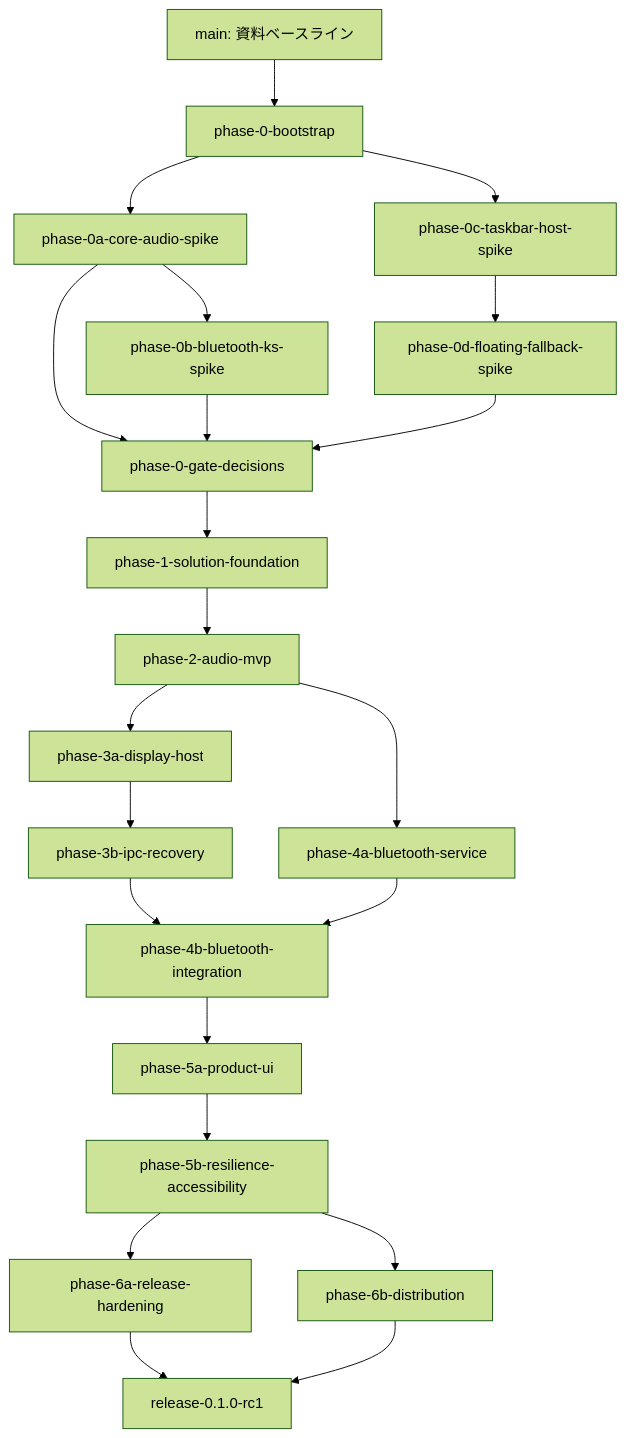
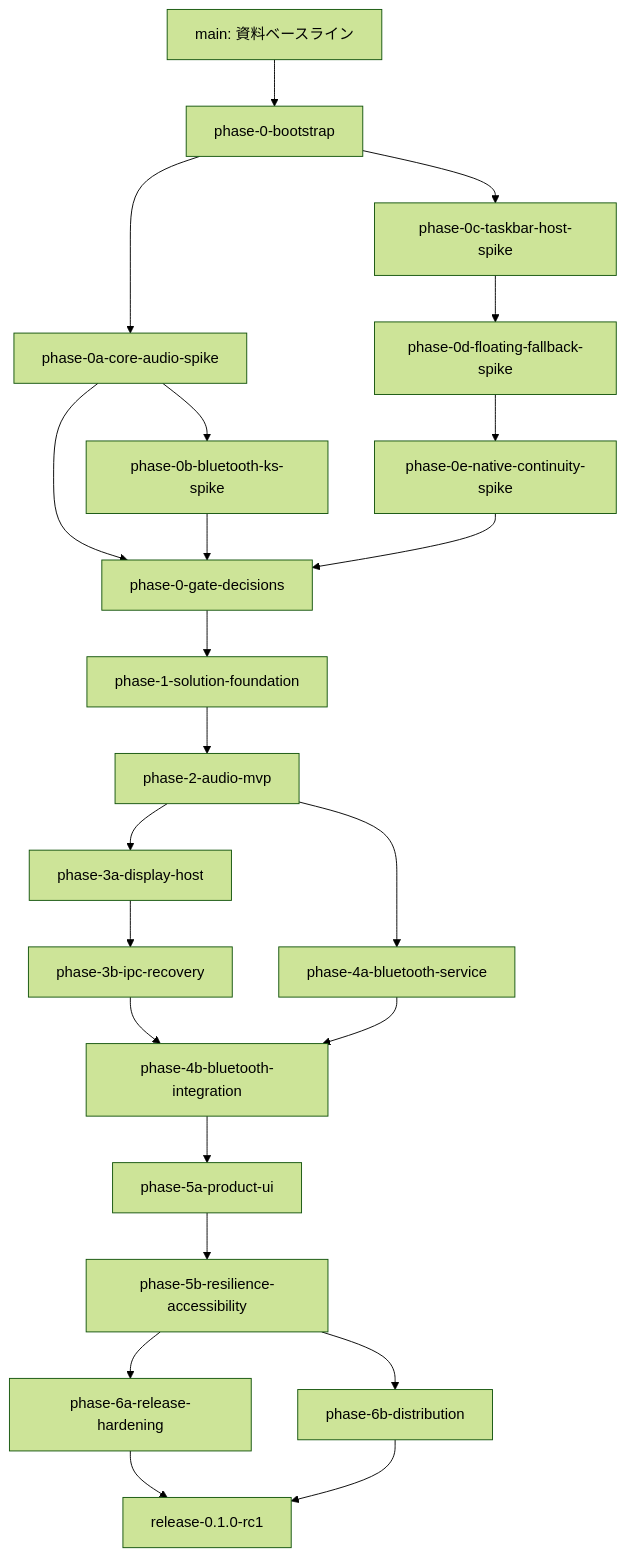
The diagram in docs/QuickPods_ブランチ別実装ロードマップ.md (rimtty/QuickPods), drawn with Mermaid (forest theme) before and after one commit. The commit also changed other lines of this file and 26 other files, not shown here.

Commit message:
feat(taskbar): preserve native continuity during Start and Search

````diff
--- a/docs/QuickPods_ブランチ別実装ロードマップ.md
+++ b/docs/QuickPods_ブランチ別実装ロードマップ.md
@@ -72,24 +72,25 @@
 ```mermaid
 flowchart TD
     Seed["main: 資料ベースライン"] --> Bootstrap["phase-0-bootstrap"]
     Bootstrap --> AudioSpike["phase-0a-core-audio-spike"]
     Bootstrap --> TaskbarSpike["phase-0c-taskbar-host-spike"]
     TaskbarSpike --> TaskbarFallback["phase-0d-floating-fallback-spike"]
+    TaskbarFallback --> TaskbarContinuity["phase-0e-native-continuity-spike"]
     AudioSpike --> BluetoothSpike["phase-0b-bluetooth-ks-spike"]
     AudioSpike --> Gate["phase-0-gate-decisions"]
     BluetoothSpike --> Gate
-    TaskbarFallback --> Gate
+    TaskbarContinuity --> Gate
     Gate --> Foundation["phase-1-solution-foundation"]
     Foundation --> AudioMvp["phase-2-audio-mvp"]
     AudioMvp --> DisplayHost["phase-3a-display-host"]
     AudioMvp --> BluetoothService["phase-4a-bluetooth-service"]
     DisplayHost --> Runtime["phase-3b-ipc-recovery"]
     Runtime --> BluetoothIntegration["phase-4b-bluetooth-integration"]
     BluetoothService --> BluetoothIntegration
     BluetoothIntegration --> ProductUi["phase-5a-product-ui"]
     ProductUi --> Resilience["phase-5b-resilience-accessibility"]
     Resilience --> Hardening["phase-6a-release-hardening"]
     Resilience --> Distribution["phase-6b-distribution"]
     Hardening --> Release["release-0.1.0-rc1"]
     Distribution --> Release
 ```
````
